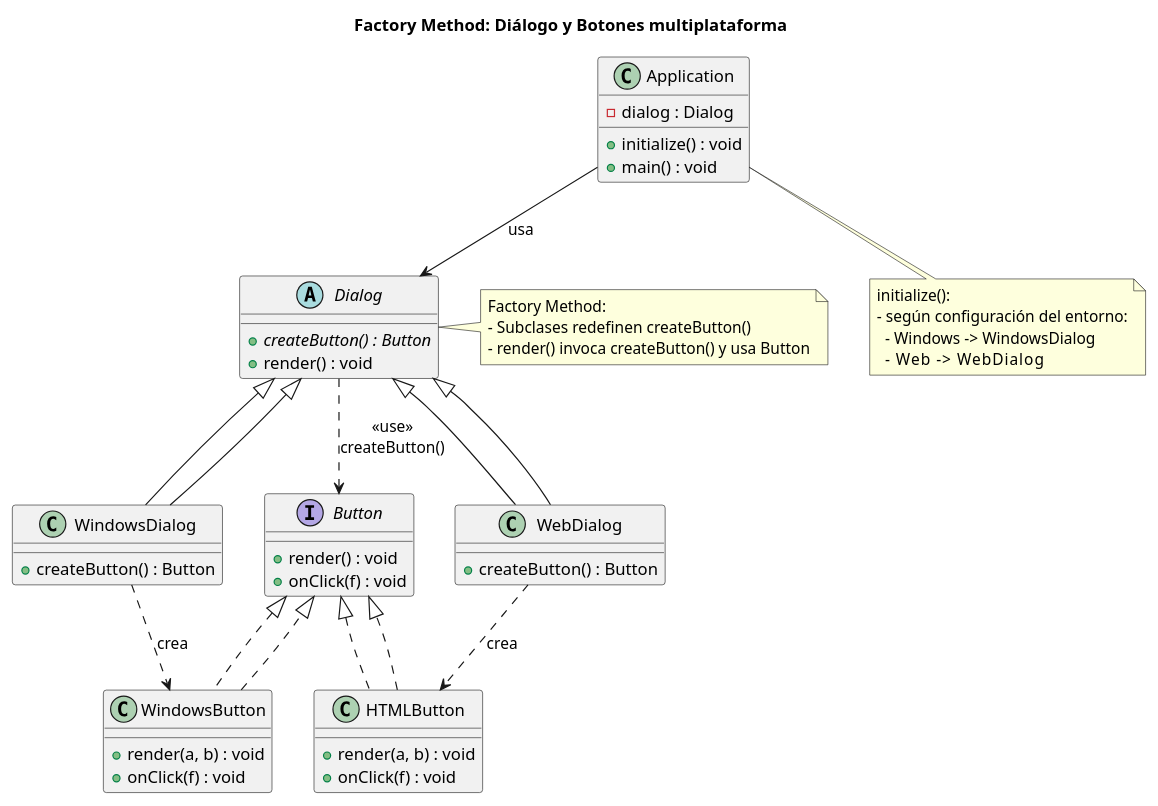
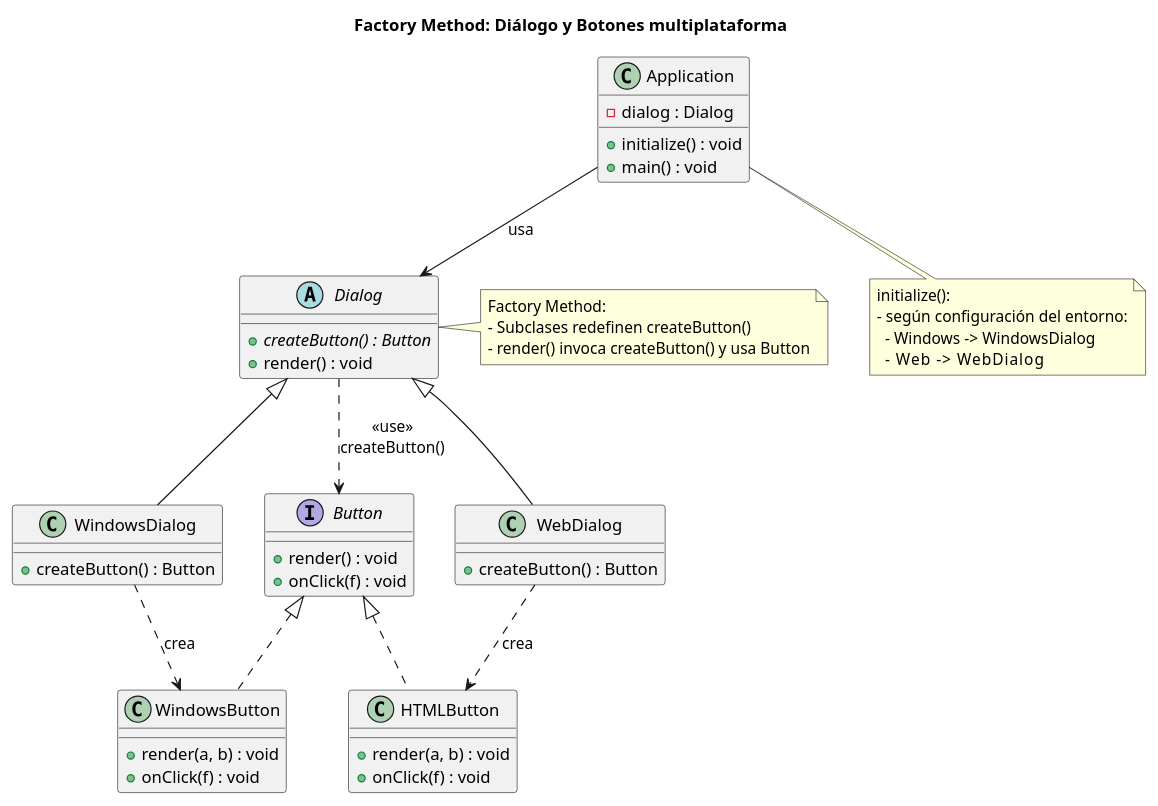
One commit to fredpena/workshop-design-pattern changed the diagram in src/main/java/dev/fredpena/designpattern/creational/uml/factorymethod.puml. Above: the diagram before and after it, drawn with PlantUML. The commit also changed 4 other files, not shown here.

Commit message:
feat: add DesktopDialog and DesktopButton implementations, update Application to support Desktop OS

```diff
--- a/src/main/java/dev/fredpena/designpattern/creational/uml/factorymethod.puml
+++ b/src/main/java/dev/fredpena/designpattern/creational/uml/factorymethod.puml
@@ -1,69 +1,63 @@
 @startuml
 title Factory Method: Diálogo y Botones multiplataforma
 
 ' ==== Productos ====
 interface Button {
   + render() : void
   + onClick(f) : void
 }
 
 class WindowsButton implements Button {
   + render(a, b) : void
   + onClick(f) : void
 }
 
 class HTMLButton implements Button {
   + render(a, b) : void
   + onClick(f) : void
 }
 
-WindowsButton ..|> Button
-HTMLButton ..|> Button
-
 ' ==== Creadores (Creators) ====
 abstract class Dialog {
   {abstract} + createButton() : Button
   + render() : void
 }
 
 class WindowsDialog extends Dialog {
   + createButton() : Button
 }
 
 class WebDialog extends Dialog {
   + createButton() : Button
 }
-
-WindowsDialog --|> Dialog
-WebDialog --|> Dialog
 
 ' El factory method de Dialog devuelve un Button (dependencia)
 Dialog ..> Button : «use»\ncreateButton()
 
 ' Cada creador concreto instancia su producto concreto
 WindowsDialog ..> WindowsButton : crea
 WebDialog ..> HTMLButton : crea
 
 ' ==== Cliente ====
 class Application {
   - dialog : Dialog
   + initialize() : void
   + main() : void
 }
 
 Application --> Dialog : usa
 
 ' ==== Notas explicativas ====
 note right of Dialog
 Factory Method:
 - Subclases redefinen createButton()
 - render() invoca createButton() y usa Button
 end note
 
 note bottom of Application
 initialize():
 - según configuración del entorno:
   - Windows -> WindowsDialog
   - Web     -> WebDialog
 end note
 @enduml
```
